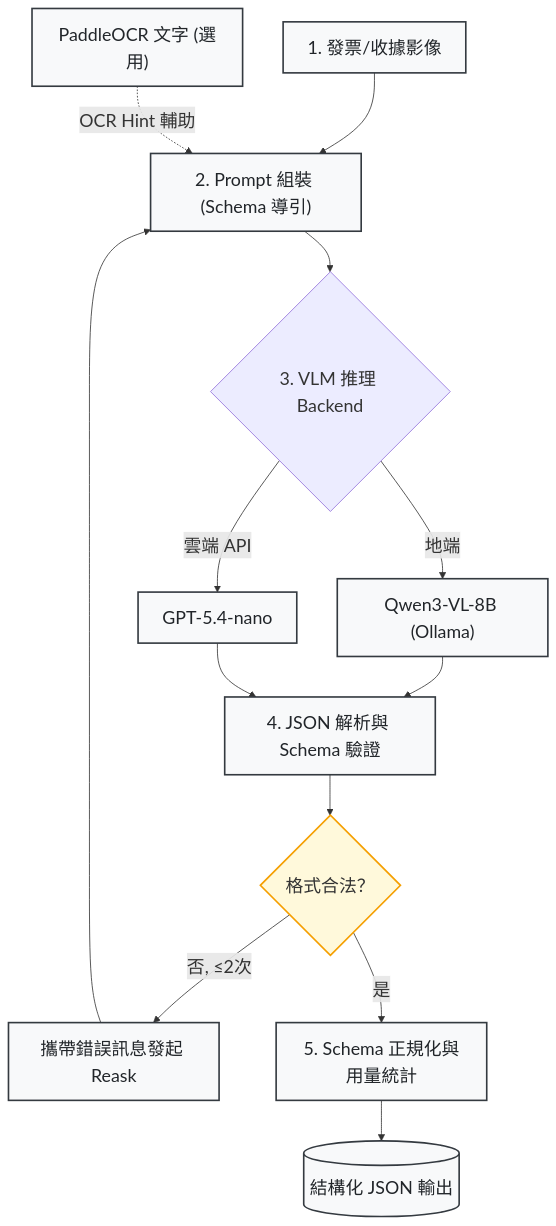
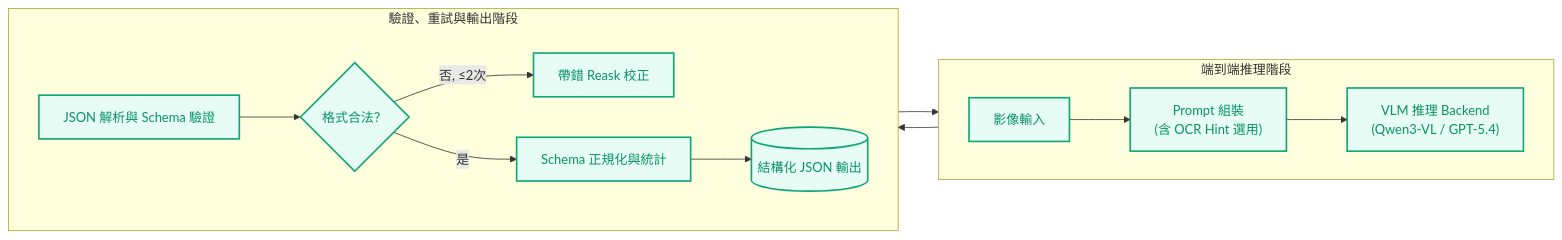
Before and after one commit to kuotunyu/receipt-ocr-vlm-benchmark: the second of 3 diagrams in README.md, drawn with Mermaid. The commit also changed other lines of this file, not shown here.

Commit message:
docs: adjust Pipeline A and B to 2-row horizontal layout with comfortable font size

````diff
--- a/README.md
+++ b/README.md
@@ -52,19 +57,21 @@
 ```mermaid
-%%{init: {'themeVariables': {'fontSize': '22px'}}}%%
-flowchart TD
-    B1["1. 發票/收據影像"] --> B2["2. Prompt 組裝 (Schema 導引)"]
-    B3["PaddleOCR 文字 (選用)"] -.->|OCR Hint 輔助| B2
-    B2 --> B4{"3. VLM 推理 Backend"}
-    B4 -->|地端| B5["Qwen3-VL-8B (Ollama)"]
-    B4 -->|雲端 API| B6["GPT-5.4-nano"]
-    B5 & B6 --> B7["4. JSON 解析與 Schema 驗證"]
-    B7 --> B8{"格式合法？"}
-    B8 -->|否, ≤2次| B9["攜帶錯誤訊息發起 Reask"]
-    B9 --> B2
-    B8 -->|是| B10["5. Schema 正規化與用量統計"]
-    B10 --> B11[("結構化 JSON 輸出")]
+%%{init: {'themeVariables': {'fontSize': '16px'}}}%%
+flowchart LR
+    subgraph BRow1 ["端到端推理階段"]
+        direction LR
+        B1["影像輸入"] --> B2["Prompt 組裝<br/>(含 OCR Hint 選用)"] --> B3["VLM 推理 Backend<br/>(Qwen3-VL / GPT-5.4)"]
+    end
 
-    style B8 fill:#fff9db,stroke:#f59f00,stroke-width:2px
-    classDef pipeB fill:#f8f9fa,stroke:#343a40,stroke-width:2px,color:#212529
-    class B1,B2,B3,B5,B6,B7,B9,B10,B11 pipeB
+    subgraph BRow2 ["驗證、重試與輸出階段"]
+        direction LR
+        B4["JSON 解析與 Schema 驗證"] --> B5{"格式合法？"}
+        B5 -->|否, ≤2次| B6["帶錯 Reask 校正"]
+        B6 --> B2
+        B5 -->|是| B7["Schema 正規化與統計"] --> B8[("結構化 JSON 輸出")]
+    end
+
+    BRow1 --> BRow2
+
+    classDef pipeB fill:#e6fcf5,stroke:#0ca678,stroke-width:2px,color:#099268
+    class B1,B2,B3,B4,B5,B6,B7,B8 pipeB
 ```
````
